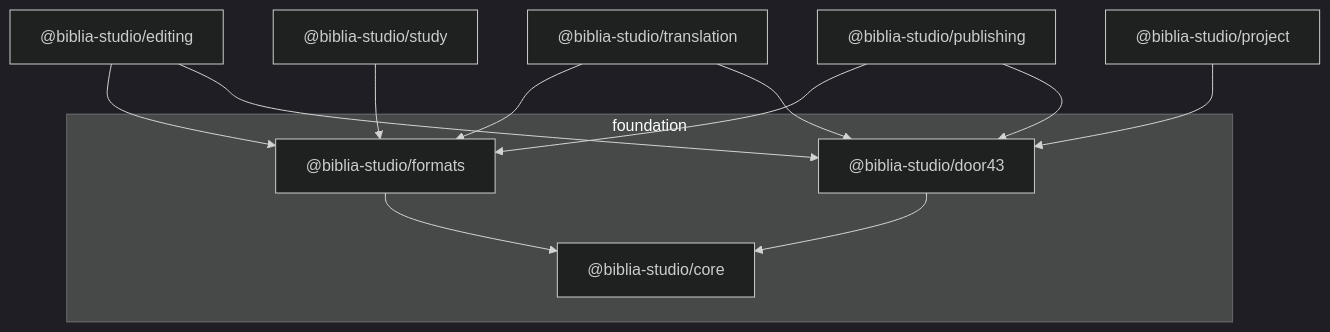
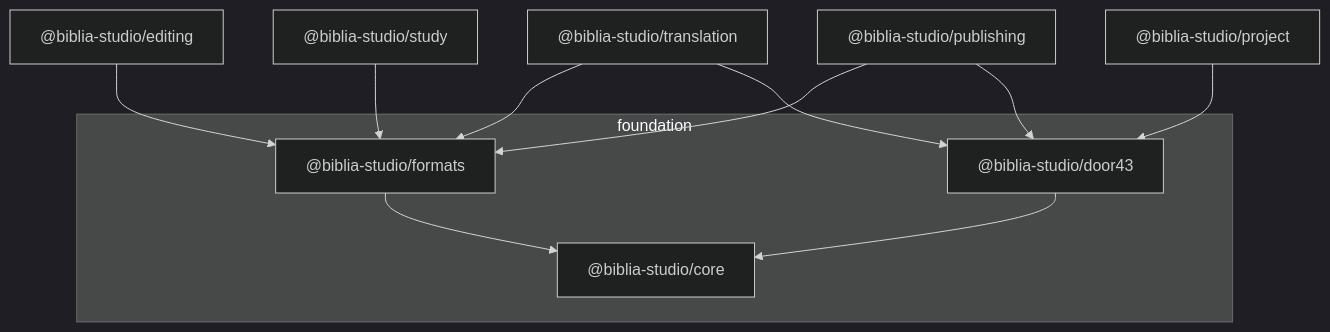
The diagram in docs/02-package-map.md (abelpz/biblia-studio), drawn with Mermaid (dark theme) before and after one commit. The commit also changed other lines of this file and 31 other files, not shown here.

````diff
--- a/docs/02-package-map.md
+++ b/docs/02-package-map.md
@@ -38,23 +38,22 @@
 ```mermaid
 flowchart TB
   subgraph foundation
     core["@biblia-studio/core"]
     formats["@biblia-studio/formats"]
     door43["@biblia-studio/door43"]
   end
   editing["@biblia-studio/editing"]
   translation["@biblia-studio/translation"]
   project["@biblia-studio/project"]
   study["@biblia-studio/study"]
   publishing["@biblia-studio/publishing"]
   formats --> core
   door43 --> core
   editing --> formats
-  editing --> door43
   translation --> formats
   translation --> door43
   project --> door43
   study --> formats
   publishing --> formats
   publishing --> door43
 ```
````
